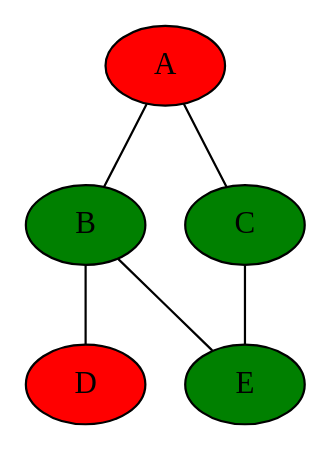
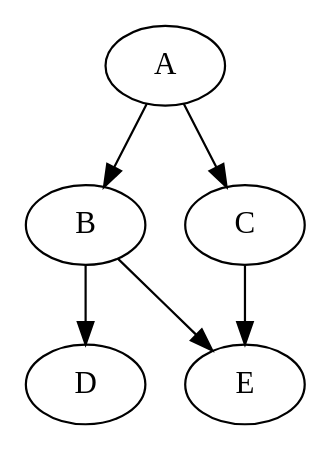
One commit to Zhaojia-Liang/CST499-OAOCR changed the diagram in file.dot. Above: the diagram before and after it, drawn with Graphviz. The commit also changed 2 other files, not shown here.

```diff
--- a/file.dot
+++ b/file.dot
@@ -1,39 +1,24 @@
-graph G {
+digraph G {
 	graph [bb="0,0,126,180"];
 	node [label="\N"];
-	A	[fillcolor=red,
-		height=0.5,
-		label=A,
+	A	[height=0.5,
 		pos="63,162",
-		style=filled,
 		width=0.75];
-	B	[fillcolor=green,
-		height=0.5,
-		label=B,
+	B	[height=0.5,
 		pos="27,90",
-		style=filled,
 		width=0.75];
-	A -- B	[pos="54.65,144.76 48.835,133.46 41.11,118.44 35.304,107.15"];
-	C	[fillcolor=green,
-		height=0.5,
-		label=C,
+	A -> B	[pos="e,35.304,107.15 54.65,144.76 50.288,136.28 44.853,125.71 39.959,116.2"];
+	C	[height=0.5,
 		pos="99,90",
-		style=filled,
 		width=0.75];
-	A -- C	[pos="71.35,144.76 77.165,133.46 84.89,118.44 90.696,107.15"];
-	D	[fillcolor=red,
-		height=0.5,
-		label=D,
+	A -> C	[pos="e,90.696,107.15 71.35,144.76 75.712,136.28 81.147,125.71 86.041,116.2"];
+	D	[height=0.5,
 		pos="27,18",
-		style=filled,
 		width=0.75];
-	B -- D	[pos="27,71.697 27,60.846 27,46.917 27,36.104"];
-	E	[fillcolor=green,
-		height=0.5,
-		label=E,
+	B -> D	[pos="e,27,36.104 27,71.697 27,63.983 27,54.712 27,46.112"];
+	E	[height=0.5,
 		pos="99,18",
-		style=filled,
 		width=0.75];
-	B -- E	[pos="41.57,74.834 53.98,62.77 71.731,45.512 84.204,33.385"];
-	C -- E	[pos="99,71.697 99,60.846 99,46.917 99,36.104"];
+	B -> E	[pos="e,84.204,33.385 41.57,74.834 51.75,64.938 65.524,51.546 77.031,40.359"];
+	C -> E	[pos="e,99,36.104 99,71.697 99,63.983 99,54.712 99,46.112"];
 }
```
